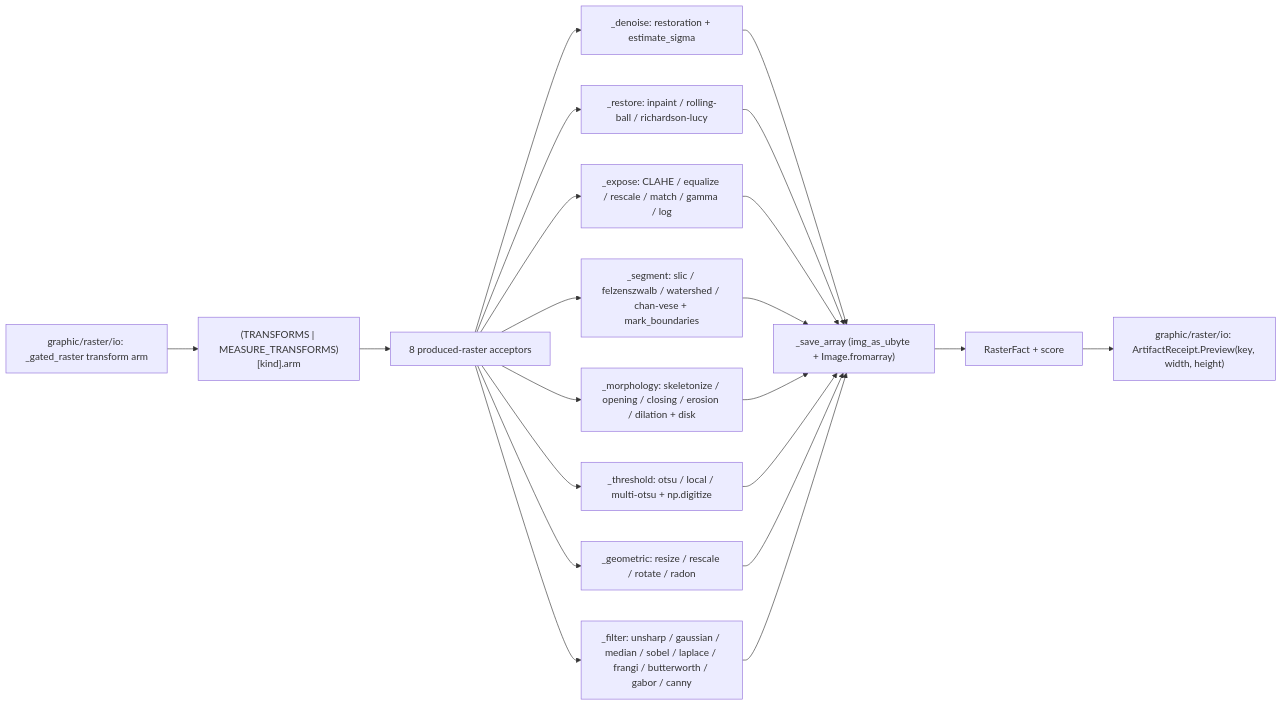
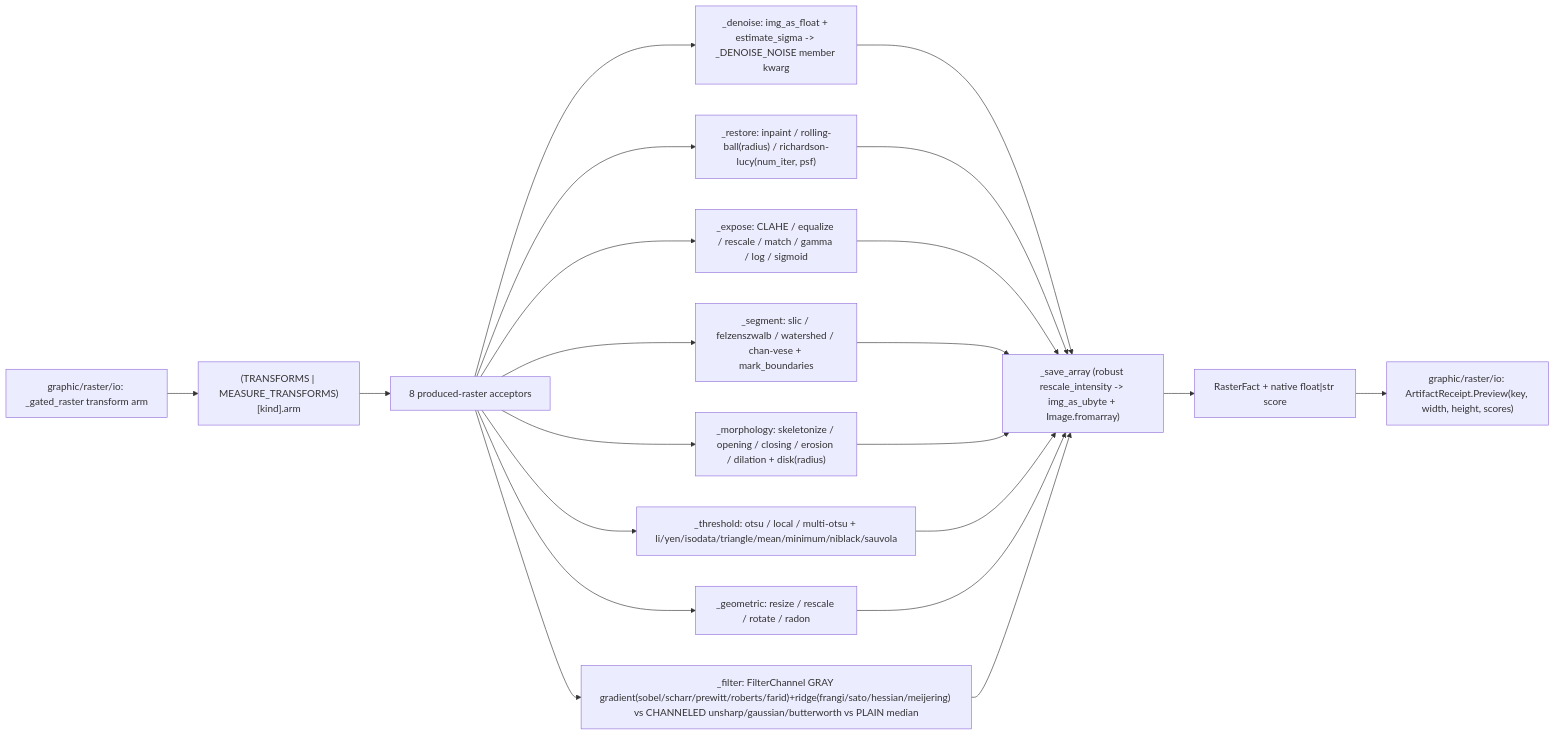
The diagram in libs/python/artifacts/.planning/graphic/raster/process.md (bsamiee/Rasm), drawn with Mermaid before and after one commit. The commit also changed other lines of this file and 21 other files, not shown here.

````diff
--- a/libs/python/artifacts/.planning/graphic/raster/process.md
+++ b/libs/python/artifacts/.planning/graphic/raster/process.md
@@ -209,23 +277,23 @@
 ```mermaid
 flowchart LR
     Tx["graphic/raster/io: _gated_raster transform arm"] --> Table["(TRANSFORMS | MEASURE_TRANSFORMS)[kind].arm"]
     Table --> Acc["8 produced-raster acceptors"]
-    Acc --> Den["_denoise: restoration + estimate_sigma"]
-    Acc --> Res["_restore: inpaint / rolling-ball / richardson-lucy"]
-    Acc --> Exp["_expose: CLAHE / equalize / rescale / match / gamma / log"]
+    Acc --> Den["_denoise: img_as_float + estimate_sigma -> _DENOISE_NOISE member kwarg"]
+    Acc --> Res["_restore: inpaint / rolling-ball(radius) / richardson-lucy(num_iter, psf)"]
+    Acc --> Exp["_expose: CLAHE / equalize / rescale / match / gamma / log / sigmoid"]
     Acc --> Seg["_segment: slic / felzenszwalb / watershed / chan-vese + mark_boundaries"]
-    Acc --> Mor["_morphology: skeletonize / opening / closing / erosion / dilation + disk"]
-    Acc --> Thr["_threshold: otsu / local / multi-otsu + np.digitize"]
+    Acc --> Mor["_morphology: skeletonize / opening / closing / erosion / dilation + disk(radius)"]
+    Acc --> Thr["_threshold: otsu / local / multi-otsu + li/yen/isodata/triangle/mean/minimum/niblack/sauvola"]
     Acc --> Geo["_geometric: resize / rescale / rotate / radon"]
-    Acc --> Fil["_filter: unsharp / gaussian / median / sobel / laplace / frangi / butterworth / gabor / canny"]
-    Den --> Save["_save_array (img_as_ubyte + Image.fromarray)"]
+    Acc --> Fil["_filter: FilterChannel GRAY gradient(sobel/scharr/prewitt/roberts/farid)+ridge(frangi/sato/hessian/meijering) vs CHANNELED unsharp/gaussian/butterworth vs PLAIN median"]
+    Den --> Save["_save_array (robust rescale_intensity -> img_as_ubyte + Image.fromarray)"]
     Res --> Save
     Exp --> Save
     Seg --> Save
     Mor --> Save
     Thr --> Save
     Geo --> Save
     Fil --> Save
-    Save --> Fact["RasterFact + score"]
-    Fact --> Receipt["graphic/raster/io: ArtifactReceipt.Preview(key, width, height)"]
+    Save --> Fact["RasterFact + native float|str score"]
+    Fact --> Receipt["graphic/raster/io: ArtifactReceipt.Preview(key, width, height, scores)"]
 ```
````
